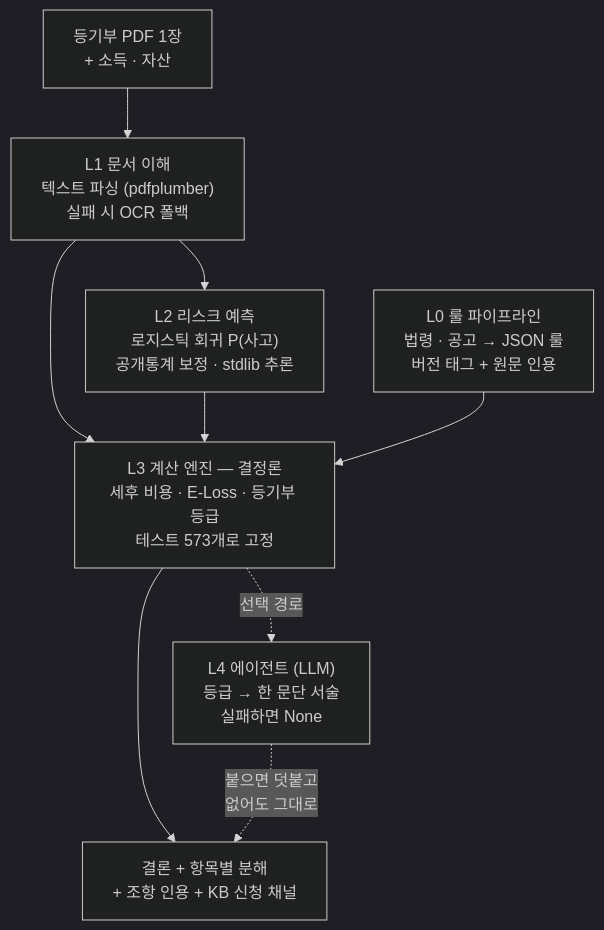
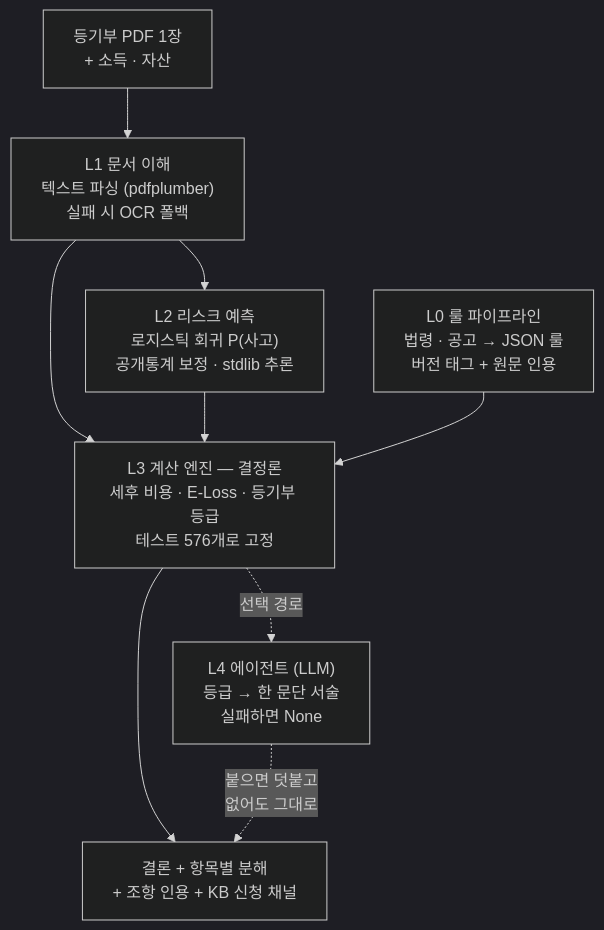
Before and after one commit to Daegyu519/onjeon: the third of 3 diagrams in docs/summary.md, drawn with Mermaid (dark theme). The commit also changed other lines of this file, not shown here.

````diff
--- a/docs/summary.md
+++ b/docs/summary.md
@@ -264,16 +262,16 @@
 ```mermaid title="다섯 계층 — 굵은 선이 답을 만들고, 점선은 있으면 좋은 것"
 graph TD
     U["등기부 PDF 1장<br/>+ 소득 · 자산"] --> L1
 
     L1["L1 문서 이해<br/>텍스트 파싱 (pdfplumber)<br/>실패 시 OCR 폴백"] --> L2
     L1 --> L3
     L2["L2 리스크 예측<br/>로지스틱 회귀 P(사고)<br/>공개통계 보정 · stdlib 추론"] --> L3
     L0["L0 룰 파이프라인<br/>법령 · 공고 → JSON 룰<br/>버전 태그 + 원문 인용"] --> L3
 
-    L3["L3 계산 엔진 — 결정론<br/>세후 비용 · E-Loss · 등기부 등급<br/>테스트 573개로 고정"] --> OUT
+    L3["L3 계산 엔진 — 결정론<br/>세후 비용 · E-Loss · 등기부 등급<br/>테스트 576개로 고정"] --> OUT
 
     L3 -. "선택 경로" .-> L4["L4 에이전트 (LLM)<br/>등급 → 한 문단 서술<br/>실패하면 None"]
     L4 -. "붙으면 덧붙고<br/>없어도 그대로" .-> OUT
 
     OUT["결론 + 항목별 분해<br/>+ 조항 인용 + KB 신청 채널"]
 ```
````
